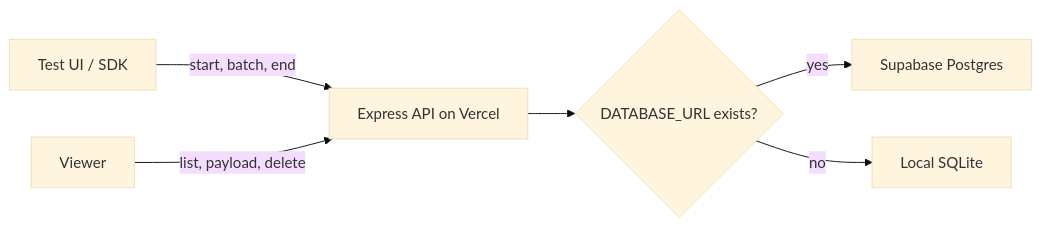
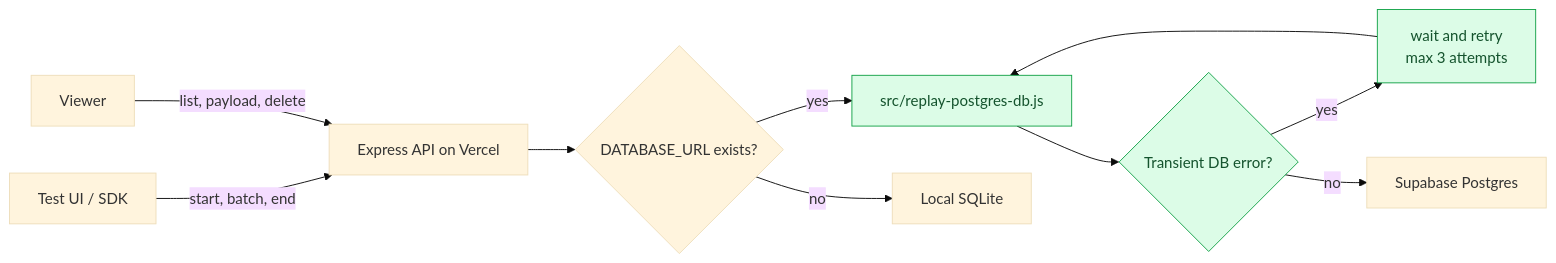
Before and after one commit to JaeDoo1034/SessionReplay: the first of 4 diagrams in workflow/supabase-session-replay-storage.md, drawn with Mermaid (base theme). The commit also changed other lines of this file and 15 other files, not shown here.

````diff
--- a/workflow/supabase-session-replay-storage.md
+++ b/workflow/supabase-session-replay-storage.md
@@ -11,8 +16,15 @@
 ```mermaid
 flowchart LR
   A[Test UI / SDK] -->|start, batch, end| B[Express API on Vercel]
   B --> C{DATABASE_URL exists?}
-  C -->|yes| D[Supabase Postgres]
+  C -->|yes| P[src/replay-postgres-db.js]
+  P --> R{Transient DB error?}
+  R -->|yes| W[wait and retry<br/>max 3 attempts]
+  W --> P
+  R -->|no| D[Supabase Postgres]
   C -->|no| E[Local SQLite]
   F[Viewer] -->|list, payload, delete| B
+
+  classDef retry fill:#dcfce7,stroke:#16a34a,color:#14532d;
+  class P,R,W retry;
 ```
````
